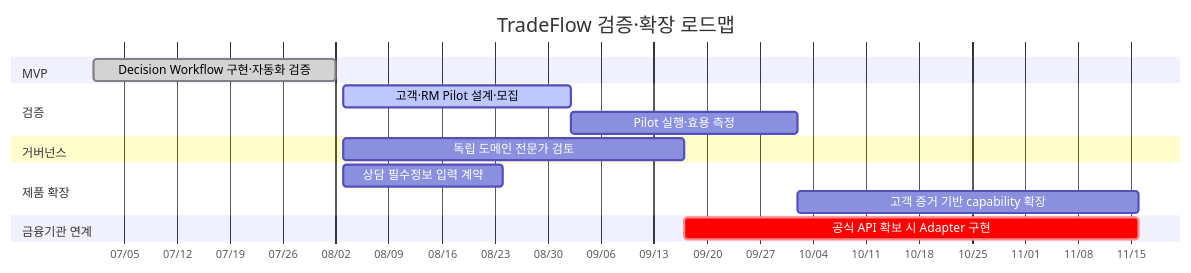
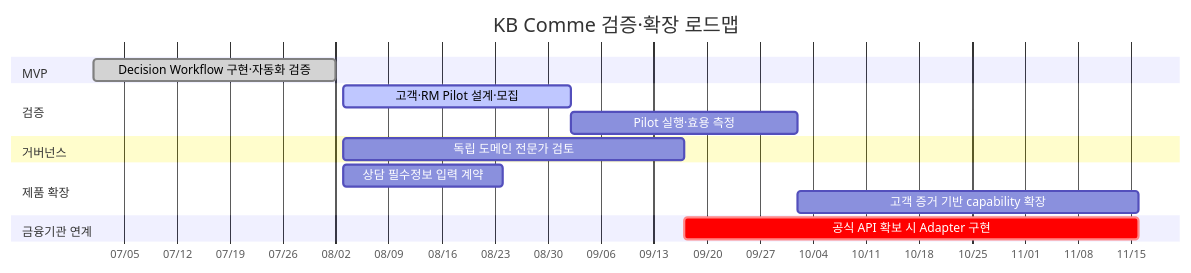
Before and after one commit to GreenGreenAI/KB-Comme: the ninth of 9 diagrams in docs/product/competition-proposal.md, drawn with Mermaid. The commit also changed other lines of this file and 53 other files, not shown here.

````diff
--- a/docs/product/competition-proposal.md
+++ b/docs/product/competition-proposal.md
@@ -897,18 +897,18 @@
 ```mermaid
 gantt
-    title TradeFlow 검증·확장 로드맵
+    title KB Comme 검증·확장 로드맵
     dateFormat  YYYY-MM-DD
     axisFormat  %m/%d
     section MVP
     Decision Workflow 구현·자동화 검증 :done, mvp, 2026-07-01, 2026-08-02
     section 검증
     고객·RM Pilot 설계·모집 :active, pilot1, 2026-08-03, 30d
     Pilot 실행·효용 측정 :pilot2, after pilot1, 30d
     section 거버넌스
     독립 도메인 전문가 검토 :review, 2026-08-03, 45d
     section 제품 확장
     상담 필수정보 입력 계약 :info, 2026-08-03, 21d
     고객 증거 기반 capability 확장 :cap, after pilot2, 45d
     section 금융기관 연계
     공식 API 확보 시 Adapter 구현 :crit, bank, after review, 60d
 ```
````
